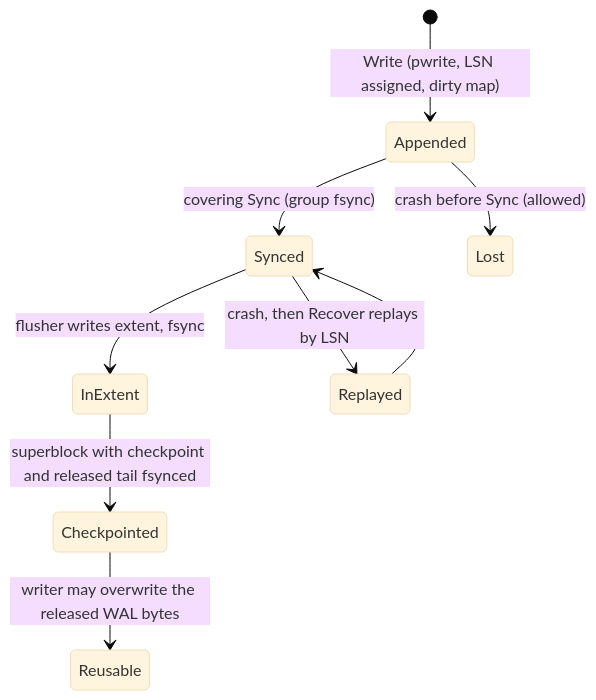
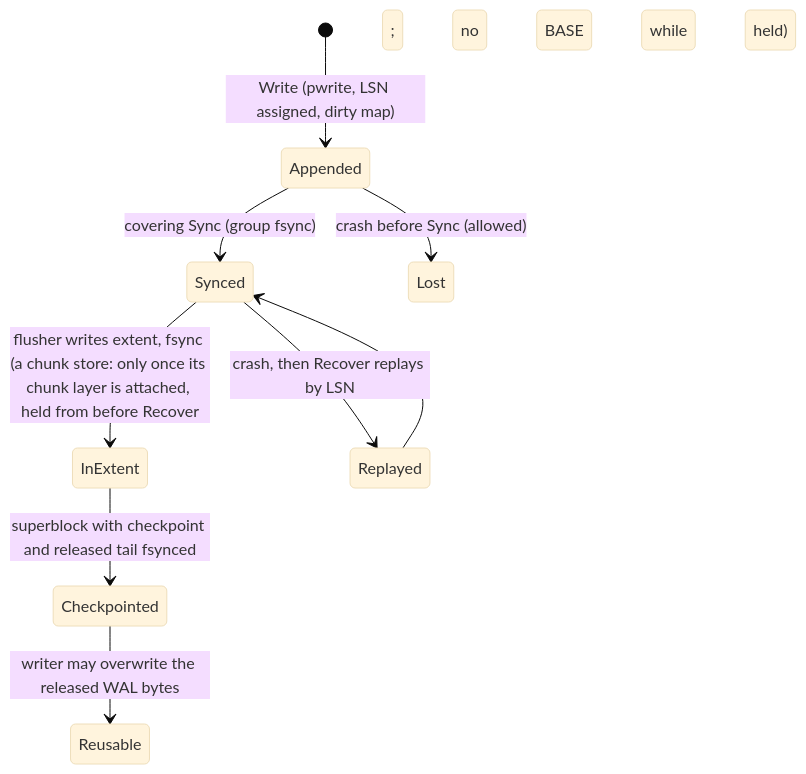
The fourth of 8 diagrams in docs/design/block-design.md (seaweedfs/seaweed-block), drawn with Mermaid (base theme) before and after one commit. The commit also changed other lines of this file and 5 other files, not shown here.

````diff
--- a/docs/design/block-design.md
+++ b/docs/design/block-design.md
@@ -151,11 +151,11 @@
 ```mermaid
 stateDiagram-v2
   [*] --> Appended: Write (pwrite, LSN assigned, dirty map)
   Appended --> Synced: covering Sync (group fsync)
-  Synced --> InExtent: flusher writes extent, fsync
+  Synced --> InExtent: flusher writes extent, fsync (a chunk store: only once its chunk layer is attached, held from before Recover; no BASE while held)
   InExtent --> Checkpointed: superblock with checkpoint and released tail fsynced
   Checkpointed --> Reusable: writer may overwrite the released WAL bytes
   Appended --> Lost: crash before Sync (allowed)
   Synced --> Replayed: crash, then Recover replays by LSN
   Replayed --> Synced
 ```
````
